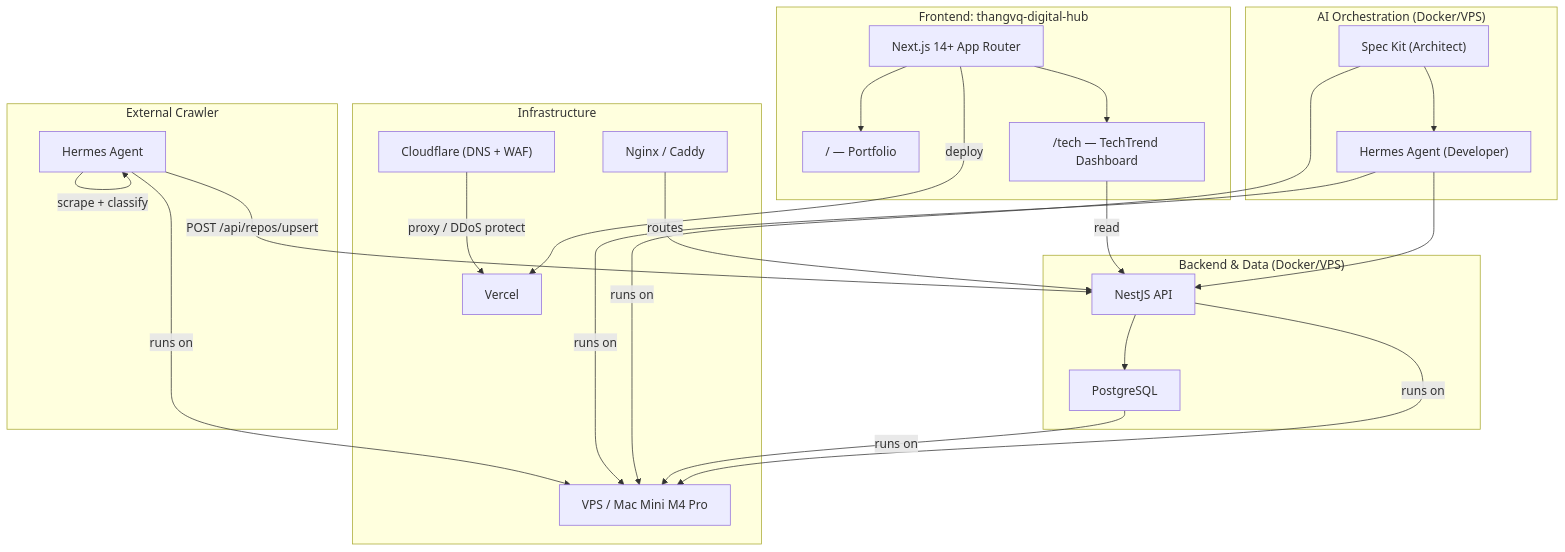
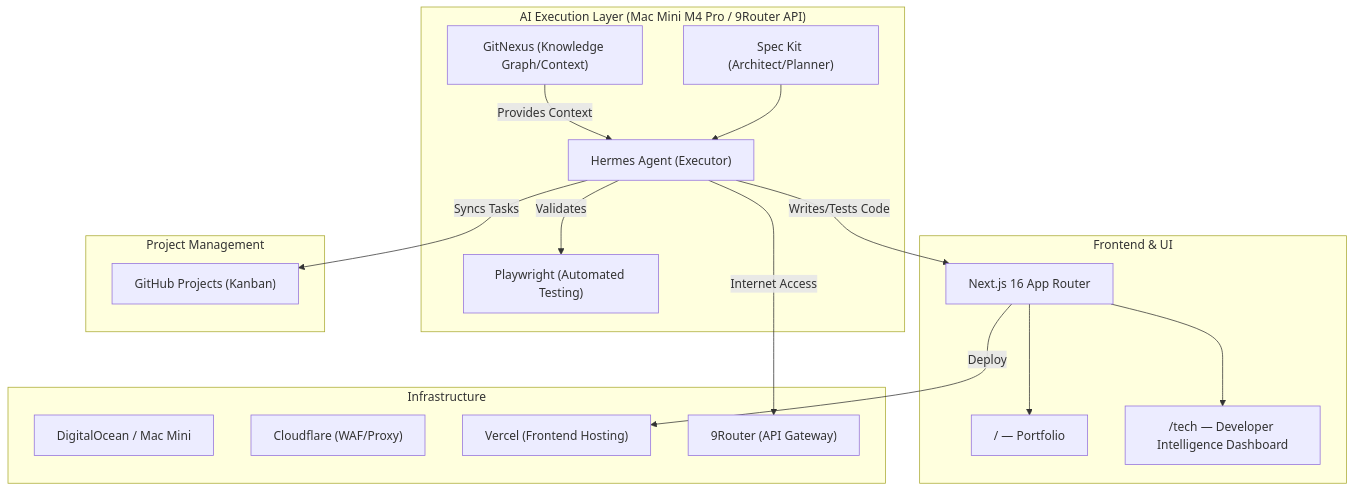
One commit to thangvq95/thangvq-digital-hub changed the first of 2 diagrams in docs/PRD.md. Above: the diagram before and after it, drawn with Mermaid. The commit also changed other lines of this file and 6 other files, not shown here.

First line of the commit message:
docs: restructure PRD into developer intelligence platform

````diff
--- a/docs/PRD.md
+++ b/docs/PRD.md
@@ -11,44 +13,35 @@
 ```mermaid
 graph TB
-    subgraph "Frontend: thangvq-digital-hub"
-        A["Next.js 14+ App Router"]
+    subgraph "Frontend & UI"
+        A["Next.js 16 App Router"]
         A --> B["/ — Portfolio"]
-        A --> C["/tech — TechTrend Dashboard"]
+        A --> C["/tech — Developer Intelligence Dashboard"]
     end
 
-    subgraph "Backend & Data (Docker/VPS)"
-        N["NestJS API"]
-        D["PostgreSQL"]
-        N --> D
+    subgraph "AI Execution Layer (Mac Mini M4 Pro / 9Router API)"
+        SK["Spec Kit (Architect/Planner)"]
+        GN["GitNexus (Knowledge Graph/Context)"]
+        HA["Hermes Agent (Executor)"]
+        PW["Playwright (Automated Testing)"]
+
+        SK --> HA
+        GN -- "Provides Context" --> HA
+        HA -- "Writes/Tests Code" --> A
+        HA -- "Validates" --> PW
     end
 
-    subgraph "AI Orchestration (Docker/VPS)"
-        SK["Spec Kit (Architect)"]
-        HA["Hermes Agent (Developer)"]
-        SK --> HA
-        HA --> N
-    end
-
-    subgraph "External Crawler"
-        F["Hermes Agent"]
-        F -- "scrape + classify" --> F
-        F -- "POST /api/repos/upsert" --> N
+    subgraph "Project Management"
+        GP["GitHub Projects (Kanban)"]
+        HA -- "Syncs Tasks" --> GP
     end
 
     subgraph "Infrastructure"
-        H["VPS / Mac Mini M4 Pro"]
-        CF["Cloudflare (DNS + WAF)"]
-        K["Vercel"]
-        RP["Nginx / Caddy"]
+        VPS["DigitalOcean / Mac Mini"]
+        CF["Cloudflare (WAF/Proxy)"]
+        VC["Vercel (Frontend Hosting)"]
+        RT["9Router (API Gateway)"]
     end
 
-    C -- "read" --> N
-    A -- "deploy" --> K
-    N -- "runs on" --> H
-    D -- "runs on" --> H
-    SK -- "runs on" --> H
-    HA -- "runs on" --> H
-    F -- "runs on" --> H
-    RP -- "routes" --> N
-    CF -- "proxy / DDoS protect" --> K
+    HA -- "Internet Access" --> RT
+    A -- "Deploy" --> VC
 ```
````
